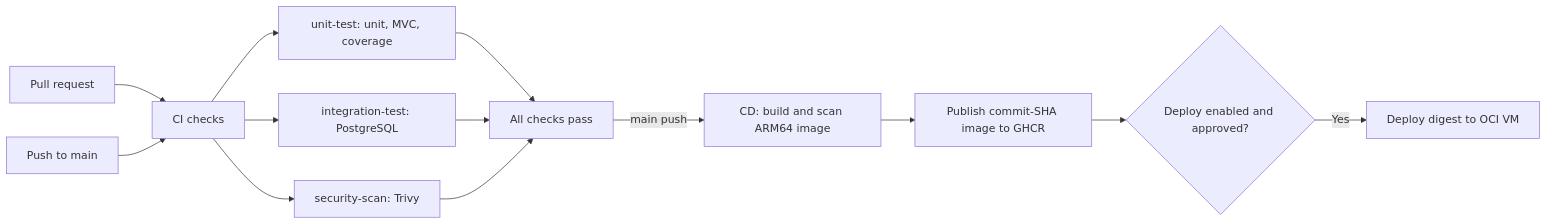
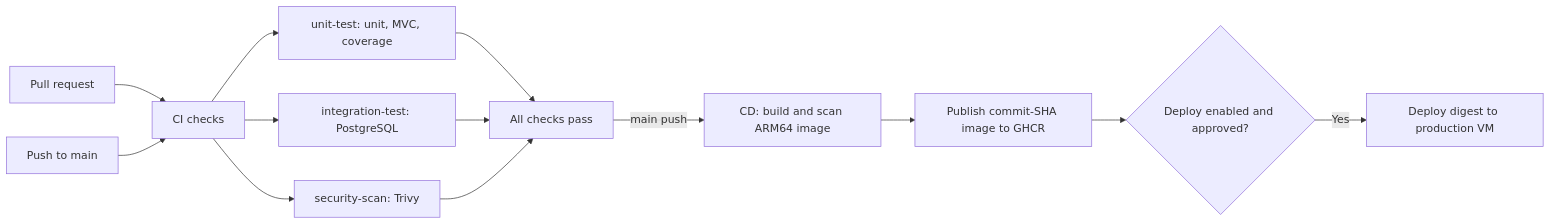
The second of 2 diagrams in data/readmes/kyledelfin2006__libro-library-system.md (zqf20096327/dbhub_collect), drawn with Mermaid before and after one commit. The commit also changed other lines of this file and 983 other files, not shown here.

````diff
--- a/data/readmes/kyledelfin2006__libro-library-system.md
+++ b/data/readmes/kyledelfin2006__libro-library-system.md
@@ -240,15 +235,15 @@
 ```mermaid
 flowchart LR
     PR[Pull request] --> CI[CI checks]
     Main[Push to main] --> CI
     CI --> Test[unit-test: unit, MVC, coverage]
     CI --> Integration[integration-test: PostgreSQL]
     CI --> Security[security-scan: Trivy]
     Test --> Pass[All checks pass]
     Integration --> Pass
     Security --> Pass
     Pass -->|main push| Image[CD: build and scan ARM64 image]
     Image --> GHCR[Publish commit-SHA image to GHCR]
     GHCR --> Gate{Deploy enabled and approved?}
-    Gate -->|Yes| OCI[Deploy digest to OCI VM]
+    Gate -->|Yes| Deploy[Deploy digest to production VM]
 ```
````
